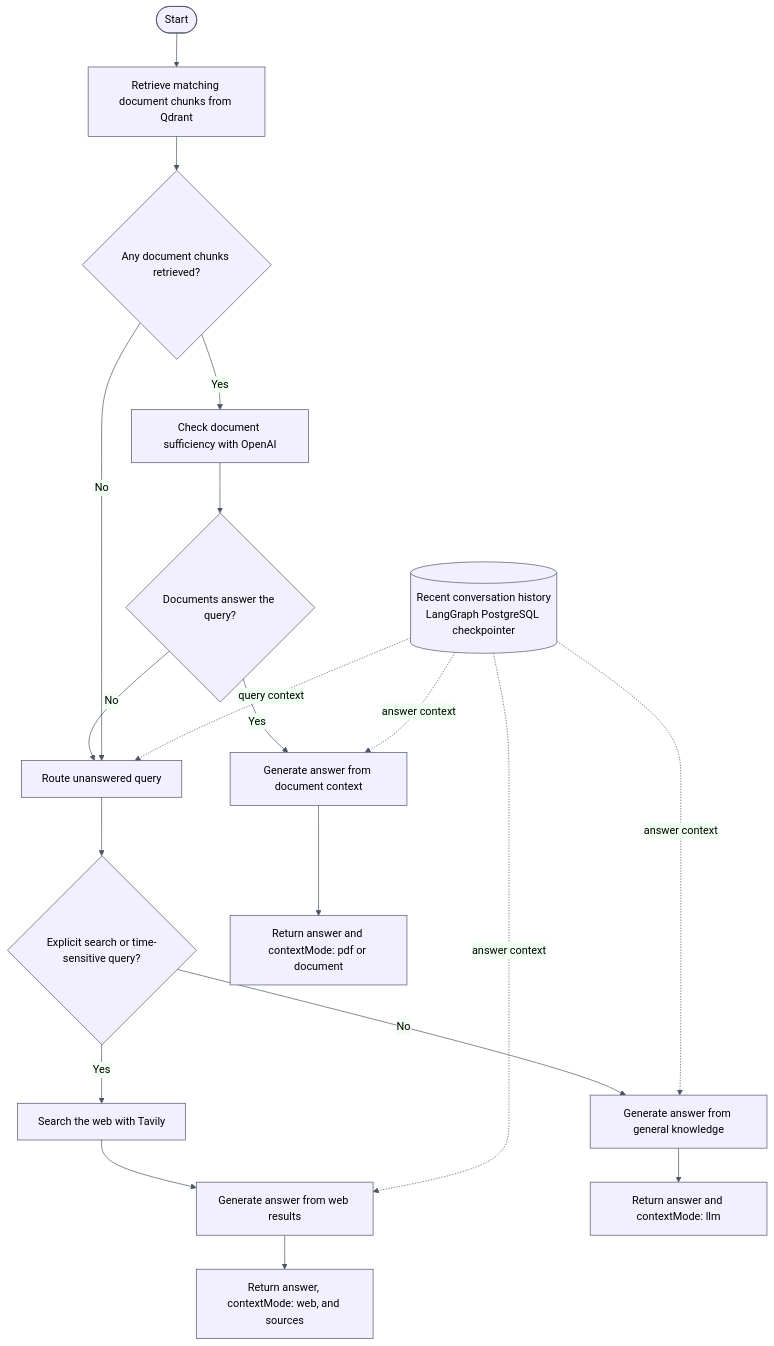
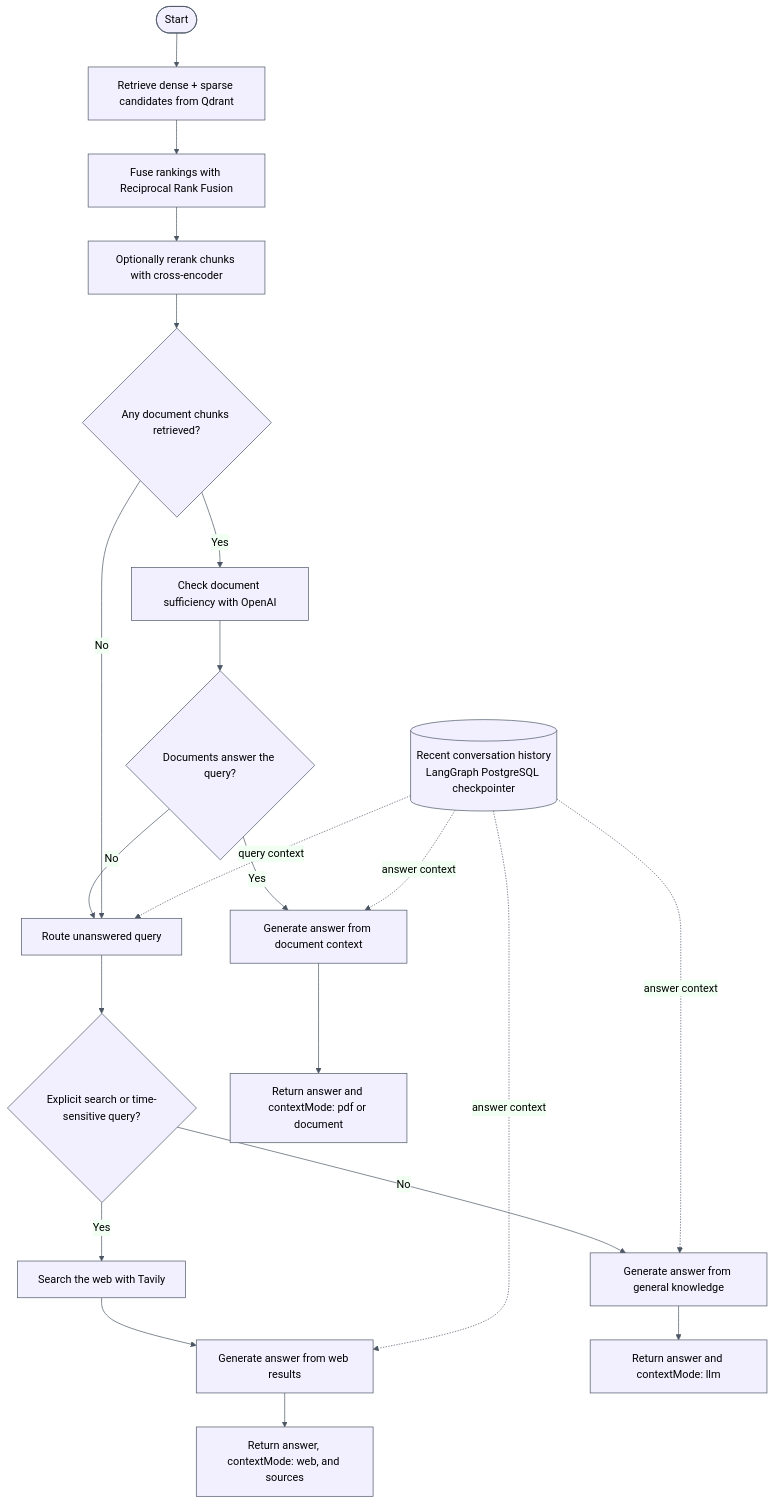
Before and after one commit to utk23dubey/CHATBOT: the diagram in node-chat-bot/langgraph.mmd, drawn with Mermaid. The commit also changed 8 other files, not shown here.

```diff
--- a/node-chat-bot/langgraph.mmd
+++ b/node-chat-bot/langgraph.mmd
@@ -1,24 +1,26 @@
 %%{init: {'theme': 'base', 'themeVariables': {'primaryColor': '#f2f0ff', 'primaryTextColor': '#000000', 'secondaryTextColor': '#000000', 'tertiaryTextColor': '#000000', 'lineColor': '#4b5563', 'primaryBorderColor': '#4b5563'}}}%%
 flowchart TD
-    START([Start]) --> RETRIEVE["Retrieve matching document chunks from Qdrant"]
-    RETRIEVE --> HAS_DOCS{"Any document chunks retrieved?"}
+    START([Start]) --> RETRIEVE["Retrieve dense + sparse candidates from Qdrant"]
+    RETRIEVE --> FUSE["Fuse rankings with Reciprocal Rank Fusion"]
+    FUSE --> RERANK["Optionally rerank chunks with cross-encoder"]
+    RERANK --> HAS_DOCS{"Any document chunks retrieved?"}
 
     HAS_DOCS -- Yes --> EVALUATE["Check document sufficiency with OpenAI"]
     EVALUATE --> SUFFICIENT{"Documents answer the query?"}
     SUFFICIENT -- Yes --> DOC_ANSWER["Generate answer from document context"]
     SUFFICIENT -- No --> ROUTE
 
     HAS_DOCS -- No --> ROUTE["Route unanswered query"]
     ROUTE --> NEEDS_WEB{"Explicit search or time-sensitive query?"}
     NEEDS_WEB -- Yes --> WEB["Search the web with Tavily"]
     NEEDS_WEB -- No --> LLM_ANSWER["Generate answer from general knowledge"]
     WEB --> WEB_ANSWER["Generate answer from web results"]
 
     DOC_ANSWER --> COMPLETE["Return answer and contextMode: pdf or document"]
     WEB_ANSWER --> COMPLETE_WEB["Return answer, contextMode: web, and sources"]
     LLM_ANSWER --> COMPLETE_LLM["Return answer and contextMode: llm"]
 
     HISTORY[("Recent conversation history<br/>LangGraph PostgreSQL checkpointer")] -. query context .-> ROUTE
     HISTORY -. answer context .-> DOC_ANSWER
     HISTORY -. answer context .-> WEB_ANSWER
     HISTORY -. answer context .-> LLM_ANSWER
```
